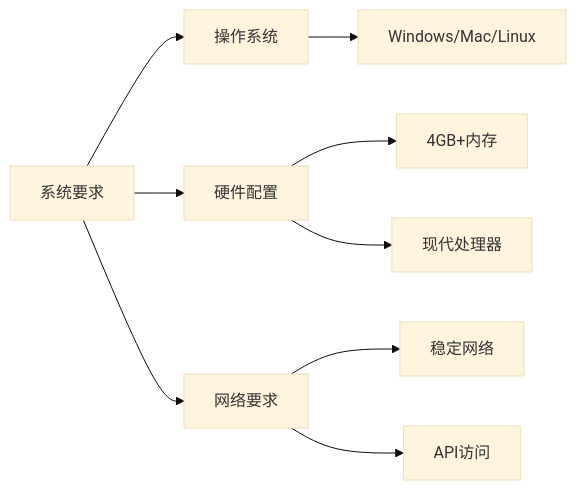
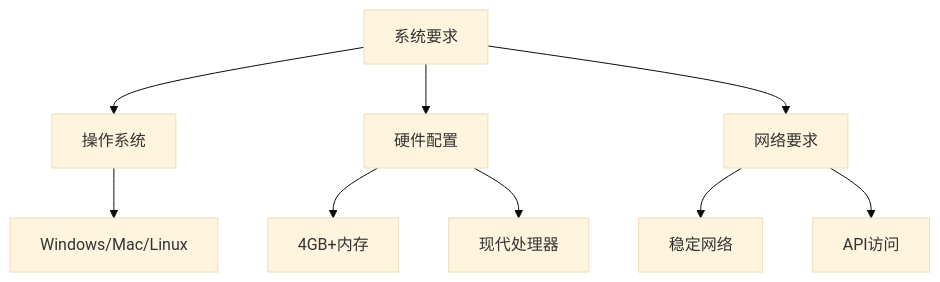
Before and after one commit to wutongci/cursor-courses: the fifth of 7 diagrams in base/第二章-AI编辑器简介.md, drawn with Mermaid (base theme). The commit also changed other lines of this file and 10 other files, not shown here.

````diff
--- a/base/第二章-AI编辑器简介.md
+++ b/base/第二章-AI编辑器简介.md
@@ -184,13 +201,13 @@
 ```mermaid
-graph LR
+graph TD
     A[系统要求] --> B[操作系统]
     B --> C[Windows/Mac/Linux]
     
     A --> D[硬件配置]
     D --> E[4GB+内存]
     D --> F[现代处理器]
     
     A --> G[网络要求]
     G --> H[稳定网络]
     G --> I[API访问]
 ```
````
